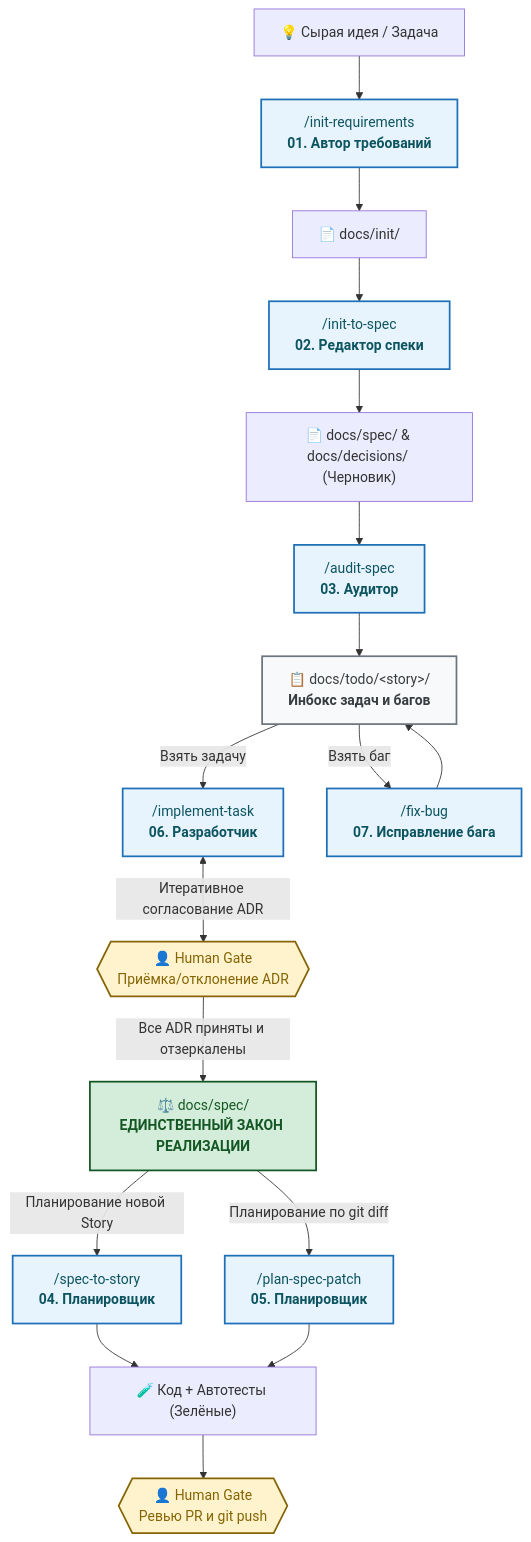
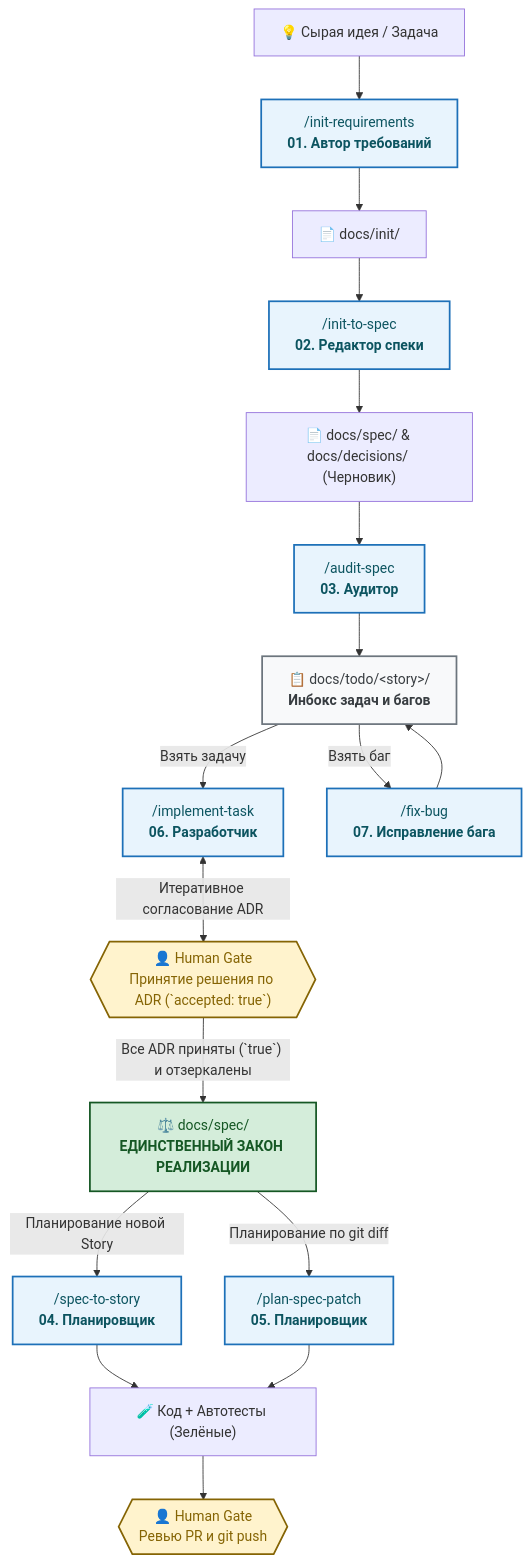
One commit to gste/deltafuse changed the diagram in README.ru.md. Above: the diagram before and after it, drawn with Mermaid. The commit also changed other lines of this file and 14 other files, not shown here.

Commit message:
refactor: simplify ADR status model to binary accepted: false/true with explicit Decision Outcome

````diff
--- a/README.ru.md
+++ b/README.ru.md
@@ -15,32 +15,32 @@
 ```mermaid
 flowchart TD
     classDef human fill:#fff3cd,stroke:#856404,stroke-width:2px,color:#856404;
     classDef skill fill:#e8f4fd,stroke:#1d70b8,stroke-width:2px,color:#0c5460;
     classDef law fill:#d4edda,stroke:#155724,stroke-width:2px,color:#155724;
     classDef inbox fill:#f8f9fa,stroke:#6c757d,stroke-width:2px,color:#383d41;
 
     Raw["💡 Сырая идея / Задача"] --> S1["/init-requirements<br><b>01. Автор требований</b>"]:::skill
     S1 --> InitDoc["📄 docs/init/"]
 
     InitDoc --> S2["/init-to-spec<br><b>02. Редактор спеки</b>"]:::skill
     S2 --> SpecDraft["📄 docs/spec/ & docs/decisions/ (Черновик)"]
 
     SpecDraft --> S3["/audit-spec<br><b>03. Аудитор</b>"]:::skill
-    S6 <-->|"Итеративное согласование ADR"| Gate1{{"👤 Human Gate<br>Приёмка/отклонение ADR"}}:::human
+    S6 <-->|"Итеративное согласование ADR"| Gate1{{"👤 Human Gate<br>Принятие решения по ADR (`accepted: true`)"}}:::human
 
-    Gate1 -->|"Все ADR приняты и отзеркалены"| SpecLaw["⚖️ docs/spec/<br><b>ЕДИНСТВЕННЫЙ ЗАКОН РЕАЛИЗАЦИИ</b>"]:::law
+    Gate1 -->|"Все ADR приняты (`true`) и отзеркалены"| SpecLaw["⚖️ docs/spec/<br><b>ЕДИНСТВЕННЫЙ ЗАКОН РЕАЛИЗАЦИИ</b>"]:::law
 
     SpecLaw -->|"Планирование новой Story"| S4["/spec-to-story<br><b>04. Планировщик</b>"]:::skill
     SpecLaw -->|"Планирование по git diff"| S5["/plan-spec-patch<br><b>05. Планировщик</b>"]:::skill
 
     S3 --> Inbox["📋 docs/todo/&lt;story&gt;/<br><b>Инбокс задач и багов</b>"]:::inbox
     S7 --> Inbox
 
     Inbox -->|"Взять задачу"| S6["/implement-task<br><b>06. Разработчик</b>"]:::skill
     Inbox -->|"Взять баг"| S7["/fix-bug<br><b>07. Исправление бага</b>"]:::skill
 
     S4 --> Code["🧪 Код + Автотесты (Зелёные)"]
     S5 --> Code
 
     Code --> Gate2{{"👤 Human Gate<br>Ревью PR и git push"}}:::human
 ```
````
